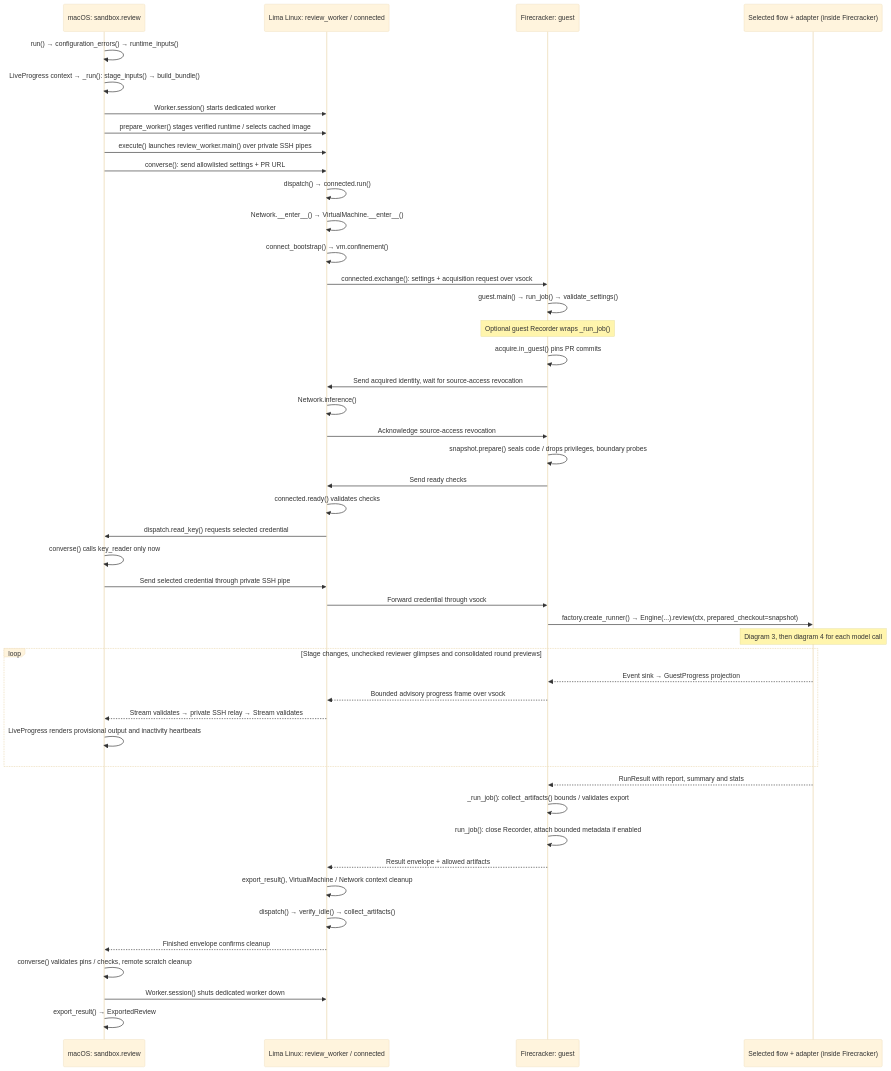
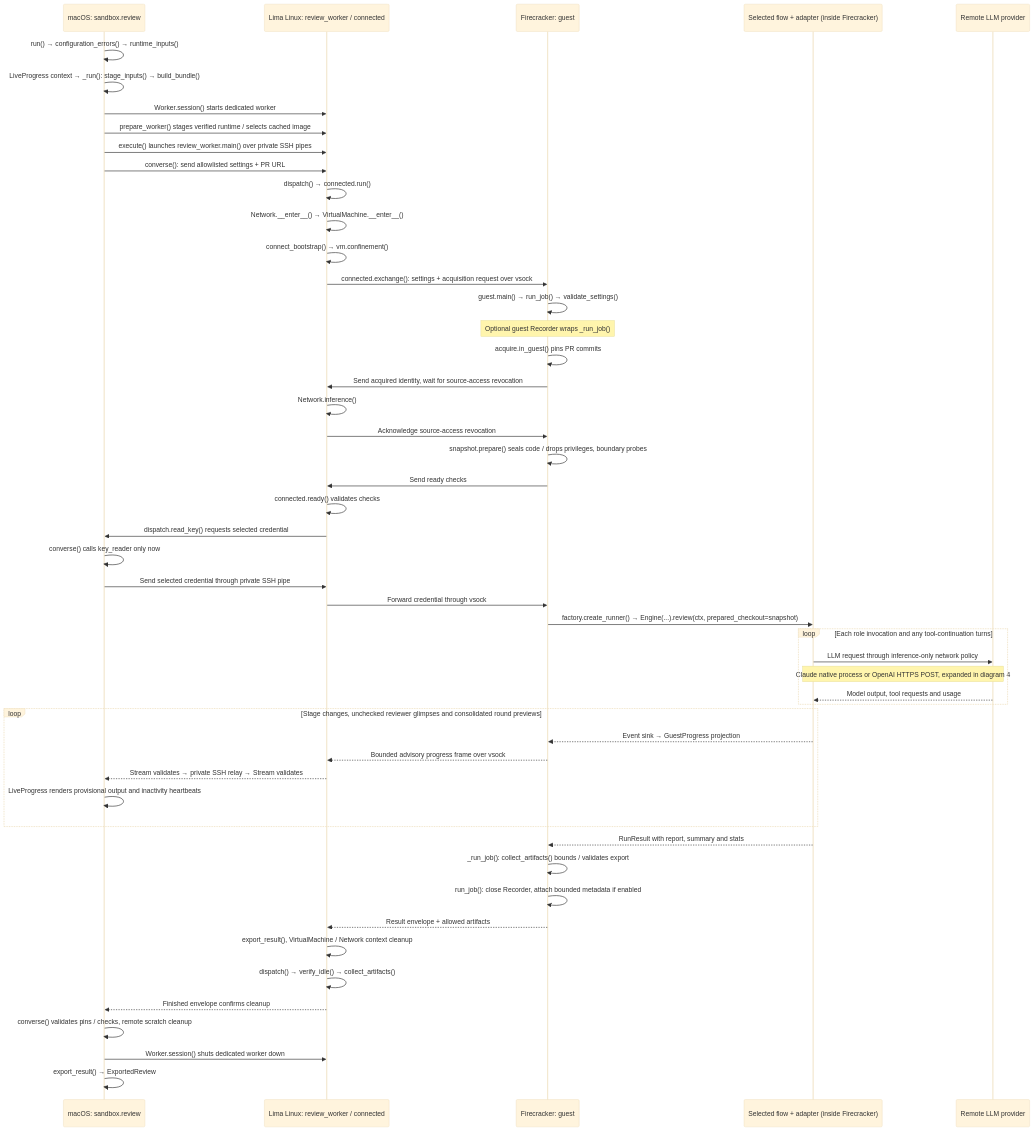
Before and after one commit to sskelkar/code-reviewer: the second of 6 diagrams in docs/project-explainer.md, drawn with Mermaid (base theme). The commit also changed other lines of this file, not shown here.

Commit message:
Show concrete LLM invocation paths in explainer diagrams

````diff
--- a/docs/project-explainer.md
+++ b/docs/project-explainer.md
@@ -50,48 +52,53 @@
 ```mermaid
 sequenceDiagram
     participant CLI as macOS: sandbox.review
     participant Worker as Lima Linux: review_worker / connected
     participant VM as Firecracker: guest
     participant Core as Selected flow + adapter (inside Firecracker)
+    participant Provider as Remote LLM provider
     CLI->>CLI: run() → configuration_errors() → runtime_inputs()
     CLI->>CLI: LiveProgress context → _run(): stage_inputs() → build_bundle()
     CLI->>Worker: Worker.session() starts dedicated worker
     CLI->>Worker: prepare_worker() stages verified runtime / selects cached image
     CLI->>Worker: execute() launches review_worker.main() over private SSH pipes
     CLI->>Worker: converse(): send allowlisted settings + PR URL
     Worker->>Worker: dispatch() → connected.run()
     Worker->>Worker: Network.__enter__() → VirtualMachine.__enter__()
     Worker->>Worker: connect_bootstrap() → vm.confinement()
     Worker->>VM: connected.exchange(): settings + acquisition request over vsock
     VM->>VM: guest.main() → run_job() → validate_settings()
     Note over VM: Optional guest Recorder wraps _run_job()
     VM->>VM: acquire.in_guest() pins PR commits
     VM->>Worker: Send acquired identity, wait for source-access revocation
     Worker->>Worker: Network.inference()
     Worker->>VM: Acknowledge source-access revocation
     VM->>VM: snapshot.prepare() seals code / drops privileges, boundary probes
     VM->>Worker: Send ready checks
     Worker->>Worker: connected.ready() validates checks
     Worker->>CLI: dispatch.read_key() requests selected credential
     CLI->>CLI: converse() calls key_reader only now
     CLI->>Worker: Send selected credential through private SSH pipe
     Worker->>VM: Forward credential through vsock
     VM->>Core: factory.create_runner() → Engine(...).review(ctx, prepared_checkout=snapshot)
-    Note over Core: Diagram 3, then diagram 4 for each model call
+    loop Each role invocation and any tool-continuation turns
+        Core->>Provider: LLM request through inference-only network policy
+        Note over Core,Provider: Claude native process or OpenAI HTTPS POST, expanded in diagram 4
+        Provider-->>Core: Model output, tool requests and usage
+    end
     loop Stage changes, unchecked reviewer glimpses and consolidated round previews
         Core-->>VM: Event sink → GuestProgress projection
         VM-->>Worker: Bounded advisory progress frame over vsock
         Worker-->>CLI: Stream validates → private SSH relay → Stream validates
         CLI->>CLI: LiveProgress renders provisional output and inactivity heartbeats
     end
     Core-->>VM: RunResult with report, summary and stats
     VM->>VM: _run_job(): collect_artifacts() bounds / validates export
     VM->>VM: run_job(): close Recorder, attach bounded metadata if enabled
     VM-->>Worker: Result envelope + allowed artifacts
     Worker->>Worker: export_result(), VirtualMachine / Network context cleanup
     Worker->>Worker: dispatch() → verify_idle() → collect_artifacts()
     Worker-->>CLI: Finished envelope confirms cleanup
     CLI->>CLI: converse() validates pins / checks, remote scratch cleanup
     CLI->>Worker: Worker.session() shuts dedicated worker down
     CLI->>CLI: export_result() → ExportedReview
 ```
````
